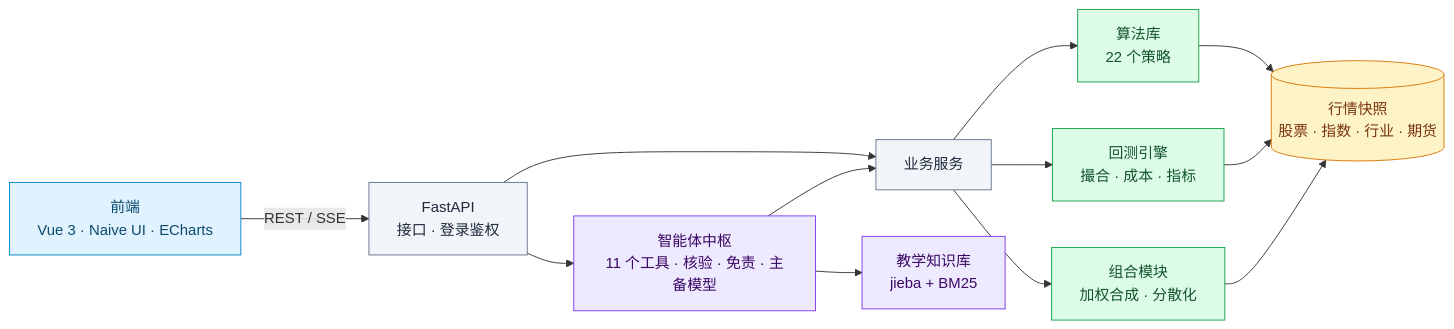
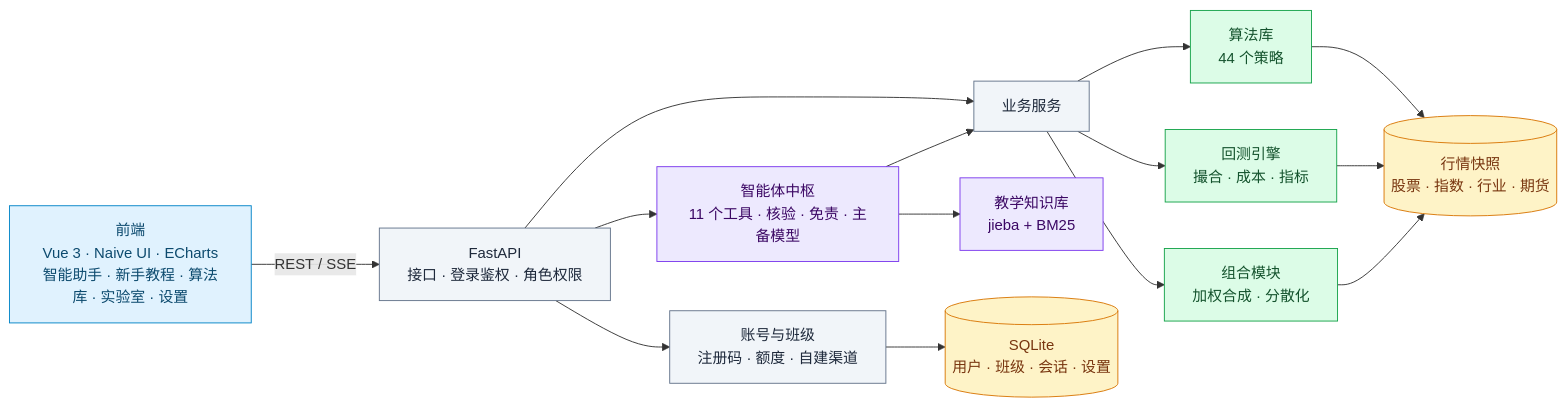
Before and after one commit to quant-teaching/teaching-agent-quant-platform: the diagram in docs/diagrams/overview.mmd, drawn with Mermaid. The commit also changed 74 other files, not shown here.

First line of the commit message:
算法库扩充到 44 种经典策略，更新 README、架构图与技术栈

```diff
--- a/docs/diagrams/overview.mmd
+++ b/docs/diagrams/overview.mmd
@@ -1,21 +1,23 @@
 flowchart LR
-  UI["前端<br/>Vue 3 · Naive UI · ECharts"] -->|REST / SSE| API["FastAPI<br/>接口 · 登录鉴权"]
+  UI["前端<br/>Vue 3 · Naive UI · ECharts<br/>智能助手 · 新手教程 · 算法库 · 实验室 · 设置"] -->|REST / SSE| API["FastAPI<br/>接口 · 登录鉴权 · 角色权限"]
   API --> AG["智能体中枢<br/>11 个工具 · 核验 · 免责 · 主备模型"]
   API --> SVC["业务服务"]
+  API --> ACC["账号与班级<br/>注册码 · 额度 · 自建渠道"]
   AG --> SVC
   AG --> KB["教学知识库<br/>jieba + BM25"]
-  SVC --> ST["算法库<br/>22 个策略"]
+  SVC --> ST["算法库<br/>44 个策略"]
   SVC --> EN["回测引擎<br/>撮合 · 成本 · 指标"]
   SVC --> PF["组合模块<br/>加权合成 · 分散化"]
   ST & EN & PF --> DATA[("行情快照<br/>股票 · 指数 · 行业 · 期货")]
+  ACC --> DB[("SQLite<br/>用户 · 班级 · 会话 · 设置")]
 
   classDef fe fill:#e0f2fe,stroke:#0284c7,color:#0c4a6e
   classDef api fill:#f1f5f9,stroke:#64748b,color:#1e293b
   classDef agent fill:#ede9fe,stroke:#7c3aed,color:#3b0764
   classDef core fill:#dcfce7,stroke:#16a34a,color:#14532d
   classDef data fill:#fef3c7,stroke:#d97706,color:#78350f
   class UI fe
-  class API,SVC api
+  class API,SVC,ACC api
   class AG,KB agent
   class ST,EN,PF core
-  class DATA data
+  class DATA,DB data
```
